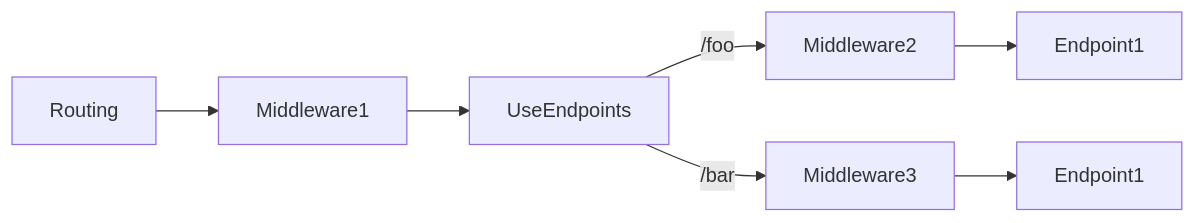
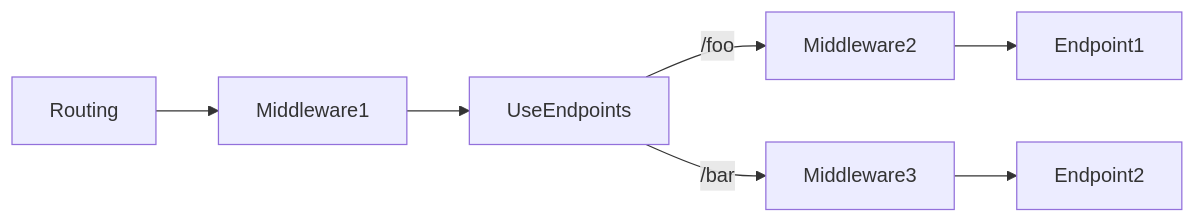
Before and after one commit to DamianEdwards/Ignite2022: the diagram in PerRouteMiddleware/README.md, drawn with Mermaid.

Commit message:
Fixed endpoint

````diff
--- a/PerRouteMiddleware/README.md
+++ b/PerRouteMiddleware/README.md
@@ -5,9 +5,9 @@
 ```mermaid
 flowchart LR
 A[Routing] --> B[Middleware1]
 B --> C[UseEndpoints]
 C --> |/foo| D[Middleware2]
 C --> |/bar| E[Middleware3]
 D --> F[Endpoint1]
-E --> G[Endpoint1]
+E --> G[Endpoint2]
 ```
````
